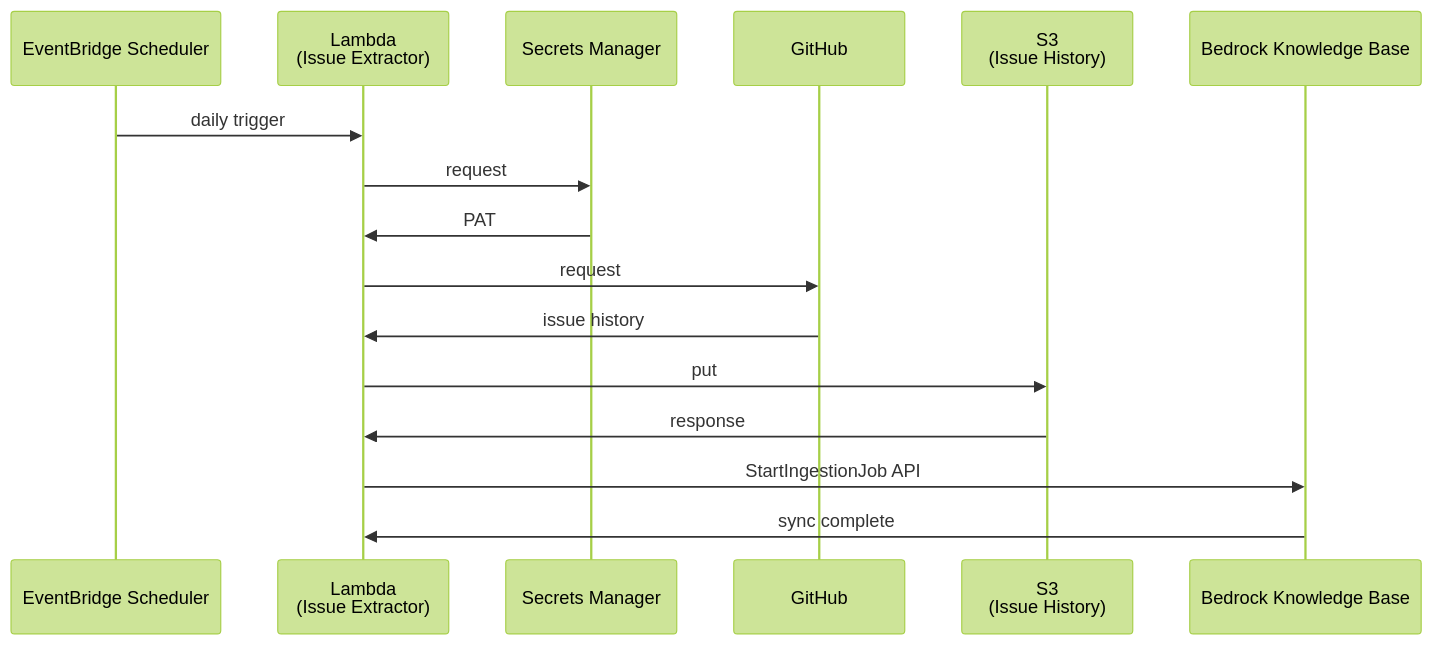
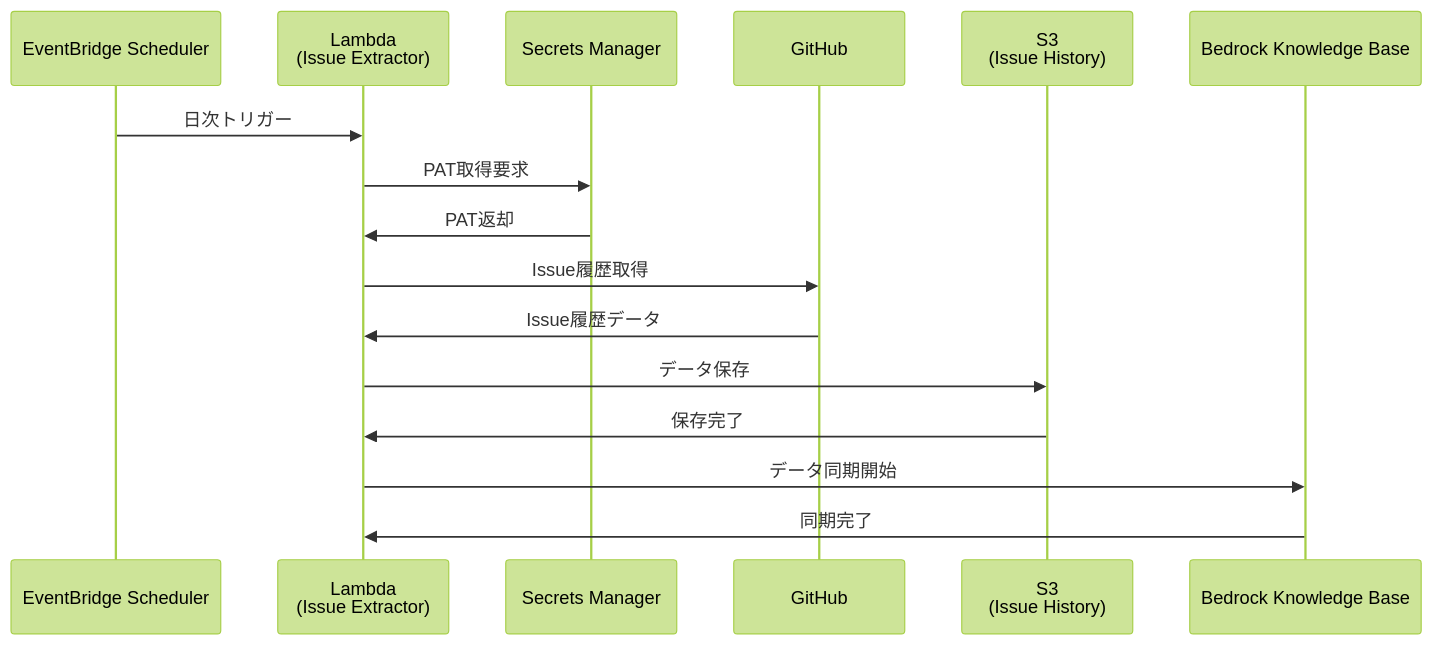
Before and after one commit to nangashi/ai-test: the third of 3 diagrams in DESIGN.md, drawn with Mermaid (forest theme). The commit also changed other lines of this file and 1 other file, not shown here.

````diff
--- a/DESIGN.md
+++ b/DESIGN.md
@@ -115,19 +148,19 @@
 ```mermaid
 sequenceDiagram
     participant ES as EventBridge Scheduler
     participant L2 as Lambda<br/>(Issue Extractor)
     participant SM as Secrets Manager
     participant GH as GitHub
     participant S3 as S3<br/>(Issue History)
     participant KB as Bedrock Knowledge Base
 
-    ES->>L2: daily trigger
-    L2->>SM: request
-    SM->>L2: PAT
-    L2->>GH: request
-    GH->>L2: issue history
-    L2->>S3: put
-    S3->>L2: response
-    L2->>KB: StartIngestionJob API
-    KB->>L2: sync complete
+    ES->>L2: 日次トリガー
+    L2->>SM: PAT取得要求
+    SM->>L2: PAT返却
+    L2->>GH: Issue履歴取得
+    GH->>L2: Issue履歴データ
+    L2->>S3: データ保存
+    S3->>L2: 保存完了
+    L2->>KB: データ同期開始
+    KB->>L2: 同期完了
 ```
````
